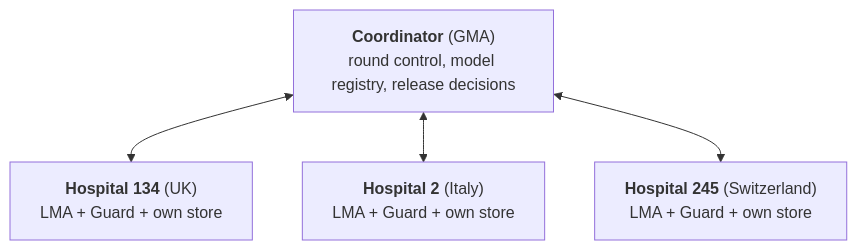
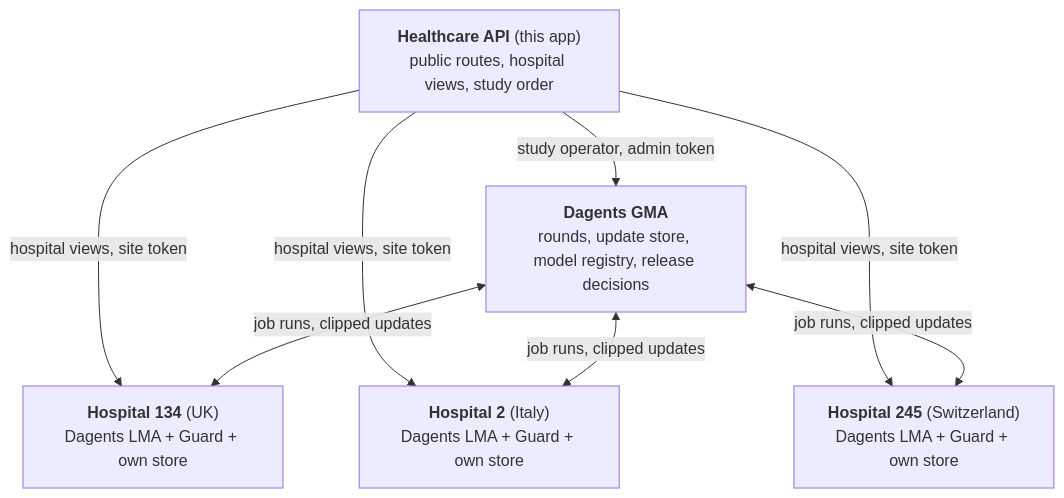
The diagram in apps/healthcare-demo/README.md (pradyunuydarp/Dagents), drawn with Mermaid before and after one commit. The commit also changed other lines of this file and 138 other files, not shown here.

First line of the commit message:
Switch the stroke demo to the Dagents LMA and GMA APIs

````diff
--- a/apps/healthcare-demo/README.md
+++ b/apps/healthcare-demo/README.md
@@ -288,8 +363,11 @@
 ```mermaid
 flowchart TB
-    GMA["<b>Coordinator</b> (GMA)<br/>round control, model registry, release decisions"]
-    U["<b>Hospital 134</b> (UK)<br/>LMA + Guard + own store"]
-    I["<b>Hospital 2</b> (Italy)<br/>LMA + Guard + own store"]
-    C["<b>Hospital 245</b> (Switzerland)<br/>LMA + Guard + own store"]
-    GMA <--> U & I & C
+    API["<b>Healthcare API</b> (this app)<br/>public routes, hospital views, study order"]
+    GMA["<b>Dagents GMA</b><br/>rounds, update store, model registry, release decisions"]
+    U["<b>Hospital 134</b> (UK)<br/>Dagents LMA + Guard + own store"]
+    I["<b>Hospital 2</b> (Italy)<br/>Dagents LMA + Guard + own store"]
+    C["<b>Hospital 245</b> (Switzerland)<br/>Dagents LMA + Guard + own store"]
+    API -->|"study operator, admin token"| GMA
+    API -->|"hospital views, site token"| U & I & C
+    GMA <-->|"job runs, clipped updates"| U & I & C
 ```
````
